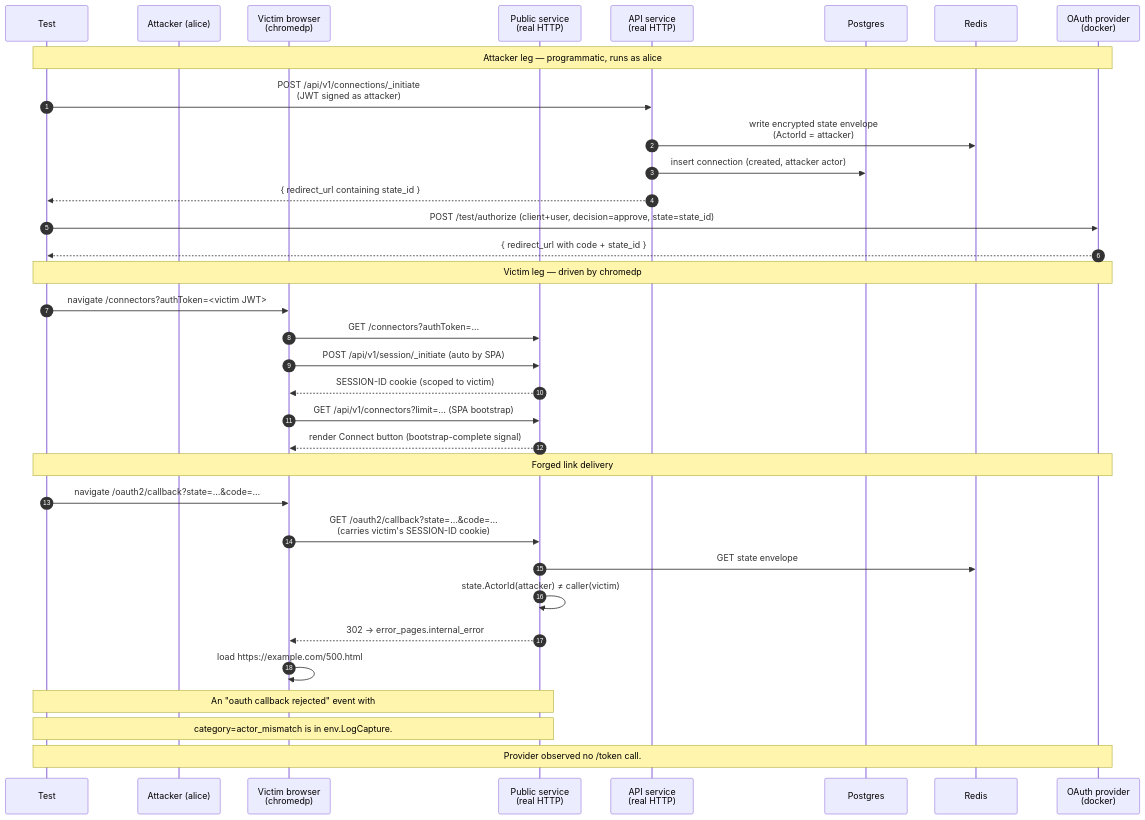
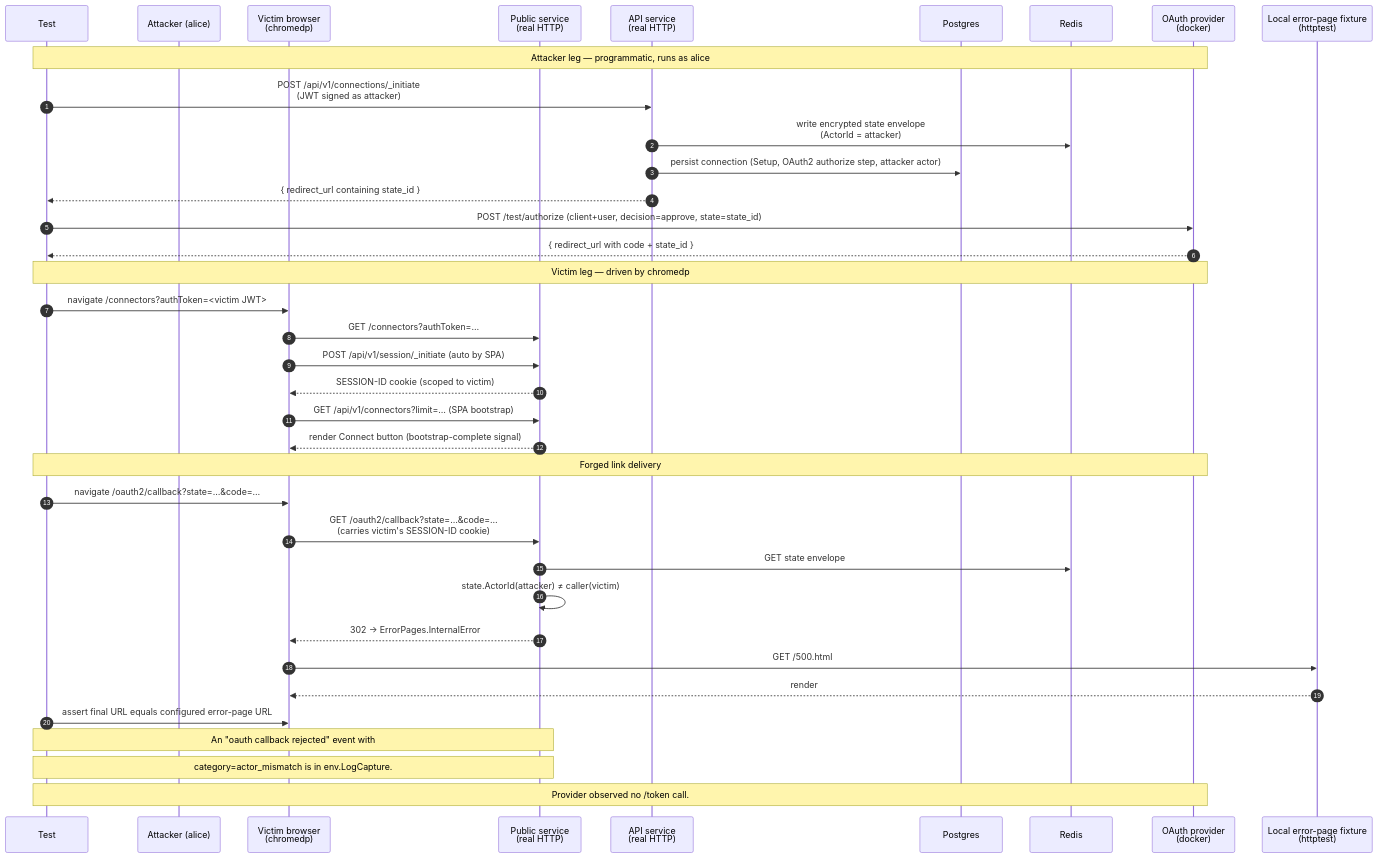
One commit to rmorlok/authproxy changed the diagram in integration_tests/oauth2/callback_actor_mismatch_test.md. Above: the diagram before and after it, drawn with Mermaid. The commit also changed other lines of this file and 1 other file, not shown here.

````diff
--- a/integration_tests/oauth2/callback_actor_mismatch_test.md
+++ b/integration_tests/oauth2/callback_actor_mismatch_test.md
@@ -86,41 +89,44 @@
 ```mermaid
 sequenceDiagram
     autonumber
     participant T as Test
     participant ATK as Attacker (alice)
     participant VIC as Victim browser<br/>(chromedp)
     participant PUB as Public service<br/>(real HTTP)
     participant API as API service<br/>(real HTTP)
     participant DB as Postgres
     participant R as Redis
     participant P as OAuth provider<br/>(docker)
+    participant ERR as Local error-page fixture<br/>(httptest)
 
     Note over T,P: Attacker leg — programmatic, runs as alice
     T->>API: POST /api/v1/connections/_initiate<br/>(JWT signed as attacker)
     API->>R: write encrypted state envelope<br/>(ActorId = attacker)
-    API->>DB: insert connection (created, attacker actor)
+    API->>DB: persist connection (Setup, OAuth2 authorize step, attacker actor)
     API-->>T: { redirect_url containing state_id }
 
     T->>P: POST /test/authorize (client+user, decision=approve, state=state_id)
     P-->>T: { redirect_url with code + state_id }
 
     Note over T,P: Victim leg — driven by chromedp
     T->>VIC: navigate /connectors?authToken=<victim JWT>
     VIC->>PUB: GET /connectors?authToken=…
     VIC->>PUB: POST /api/v1/session/_initiate (auto by SPA)
     PUB-->>VIC: SESSION-ID cookie (scoped to victim)
     VIC->>PUB: GET /api/v1/connectors?limit=… (SPA bootstrap)
     PUB-->>VIC: render Connect button (bootstrap-complete signal)
 
     Note over T,P: Forged link delivery
     T->>VIC: navigate /oauth2/callback?state=…&code=…
     VIC->>PUB: GET /oauth2/callback?state=…&code=…<br/>(carries victim's SESSION-ID cookie)
     PUB->>R: GET state envelope
     PUB->>PUB: state.ActorId(attacker) ≠ caller(victim)
-    PUB-->>VIC: 302 → error_pages.internal_error
-    VIC->>VIC: load https://example.com/500.html
+    PUB-->>VIC: 302 → ErrorPages.InternalError
+    VIC->>ERR: GET /500.html
+    ERR-->>VIC: render #oauth-callback-error
+    T->>VIC: assert final URL equals configured error-page URL
 
     Note over T,PUB: An "oauth callback rejected" event with
     Note over T,PUB: category=actor_mismatch is in env.LogCapture.
     Note over T,P: Provider observed no /token call.
 ```
````
